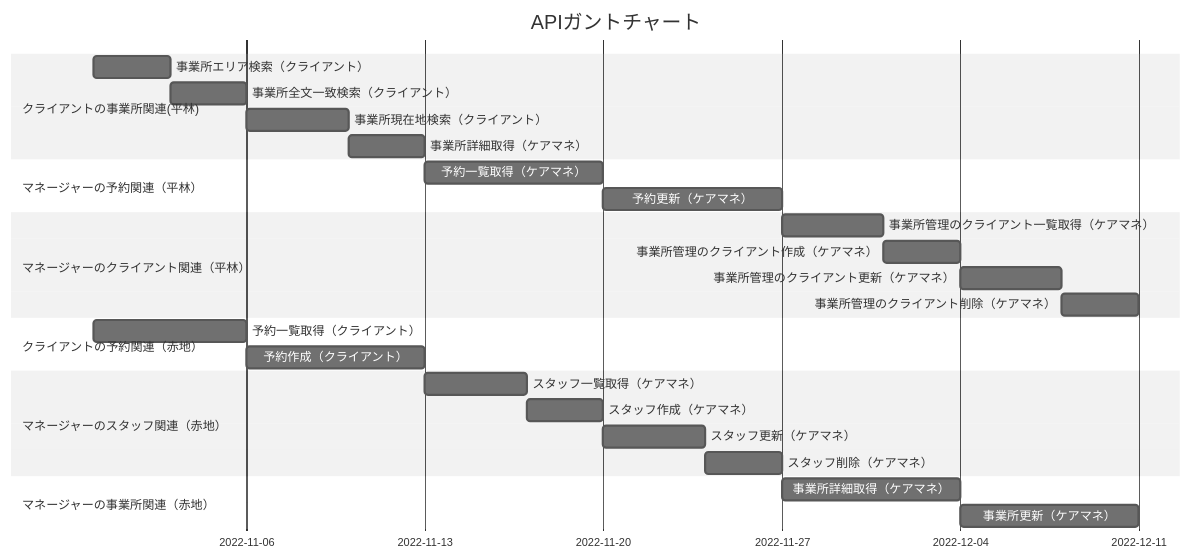
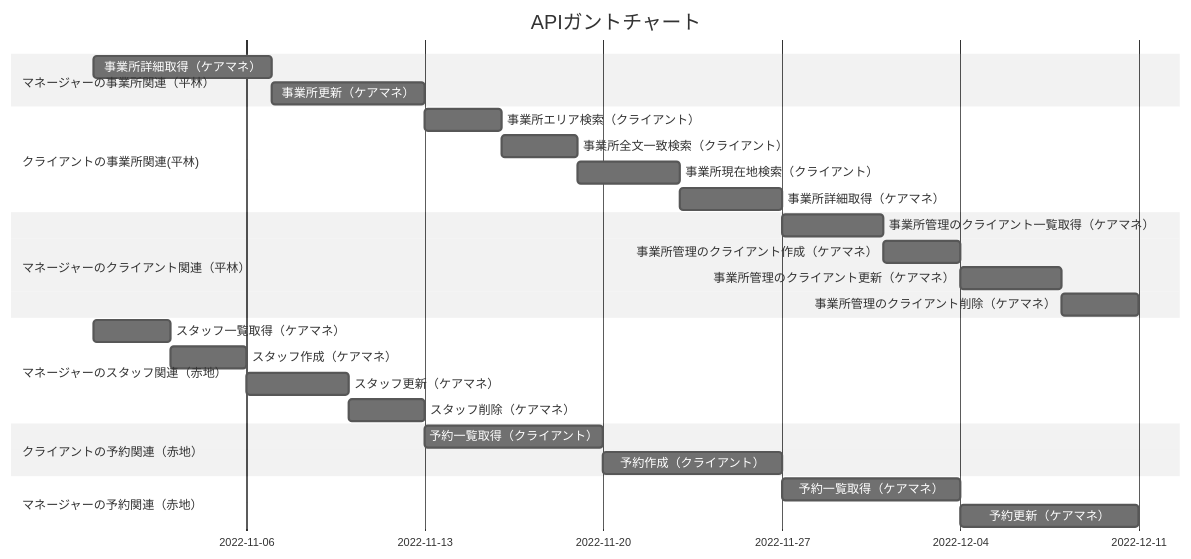
Before and after one commit to rtkjm22/homeCareNavi_2nd_API: the second of 2 diagrams in README.md, drawn with Mermaid (neutral theme).

Commit message:
Update README.md
ガントチャート修正

````diff
--- a/README.md
+++ b/README.md
@@ -167,29 +167,29 @@
 ```mermaid
 gantt
     title APIガントチャート
     dateFormat  YYYY-MM-DD
+    section マネージャーの事業所関連（平林）
+    事業所詳細取得（ケアマネ）  :f1, 2022-10-31, 7d
+    事業所更新（ケアマネ）  :f2, after f1, 6d
     section クライアントの事業所関連(平林)
-    事業所エリア検索（クライアント）         :a1, 2022-10-31, 3d
+    事業所エリア検索（クライアント）         :a1, 2022-11-13, 3d
     事業所全文一致検索（クライアント）      :a2, after a1, 3d
     事業所現在地検索（クライアント）        :a3, after a2, 4d
-    事業所詳細取得（ケアマネ）      :a4, after a3, 3d
-    section マネージャーの予約関連（平林）
-    予約一覧取得（ケアマネ）    :d1, 2022-11-13, 7d
-    予約更新（ケアマネ）    :d2, after d1, 7d
+    事業所詳細取得（ケアマネ）      :a4, after a3, 4d
     section マネージャーのクライアント関連（平林）
     事業所管理のクライアント一覧取得（ケアマネ）    :e1, 2022-11-27, 4d
     事業所管理のクライアント作成（ケアマネ）    :e2, after e1, 3d
     事業所管理のクライアント更新（ケアマネ）    :e3, after e2, 4d
     事業所管理のクライアント削除（ケアマネ）    :e4, after e3, 3d
-    section クライアントの予約関連（赤地）
-    予約一覧取得（クライアント）    :b1, 2022-10-31, 6d
-    予約作成（クライアント）    :b2, after b1, 7d
     section マネージャーのスタッフ関連（赤地）
-    スタッフ一覧取得（ケアマネ）    :c1, 2022-11-13, 4d
+    スタッフ一覧取得（ケアマネ）    :c1, 2022-10-31, 3d
     スタッフ作成（ケアマネ）    :c2, after c1, 3d
     スタッフ更新（ケアマネ）    :c3, after c2, 4d
     スタッフ削除（ケアマネ）    :c4, after c3, 3d
-    section マネージャーの事業所関連（赤地）
-    事業所詳細取得（ケアマネ）  :f1, 2022-11-27, 7d
-    事業所更新（ケアマネ）  :f2, after f1, 7d
+    section クライアントの予約関連（赤地）
+    予約一覧取得（クライアント）    :b1, 2022-11-13, 7d
+    予約作成（クライアント）    :b2, after b1, 7d
+    section マネージャーの予約関連（赤地）
+    予約一覧取得（ケアマネ）    :d1, 2022-11-27, 7d
+    予約更新（ケアマネ）    :d2, after d1, 7d
 ```
````
